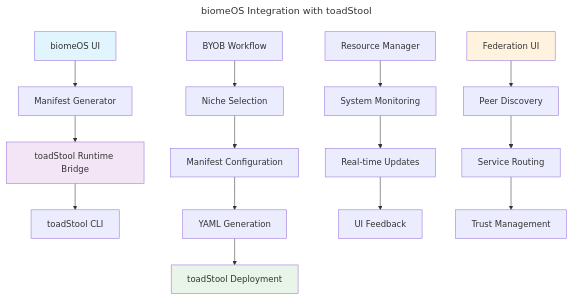
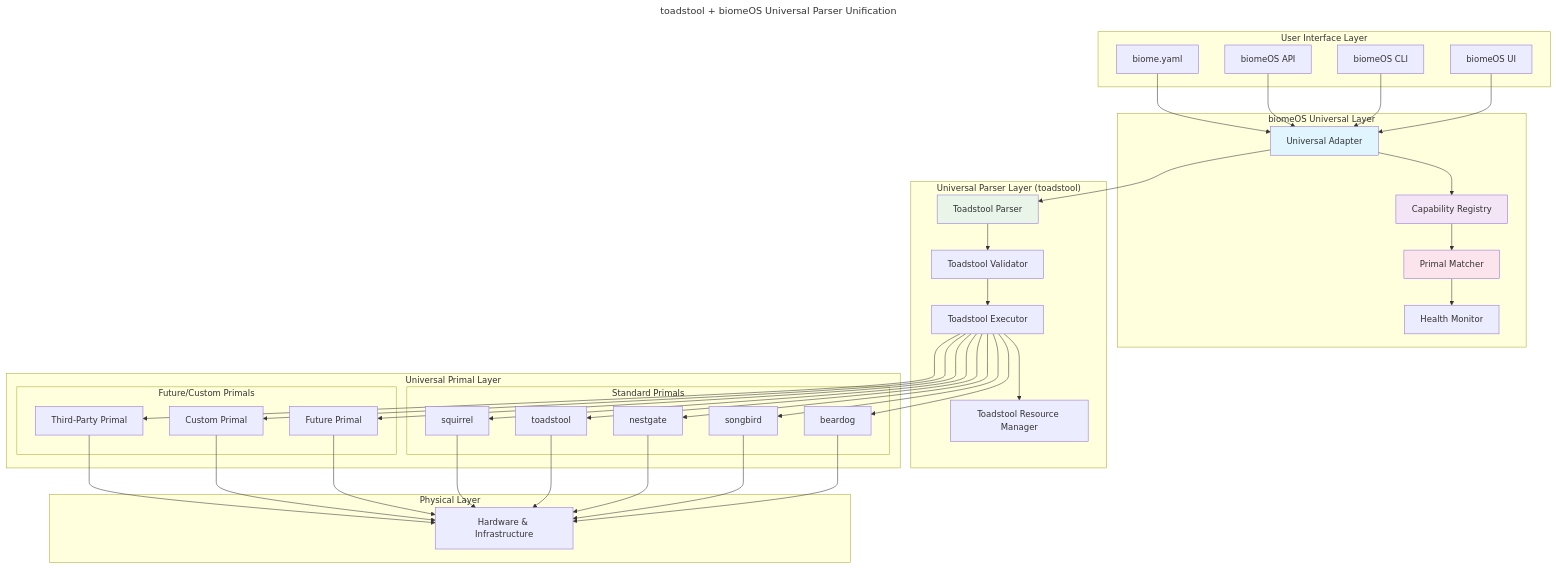
One commit to ecoPrimals/biomeOS changed the first of 2 diagrams in specs/TOADSTOOL_BIOMEOS_UNIFICATION_SPEC.md. Above: the diagram before and after it, drawn with Mermaid. The commit also changed other lines of this file and 189 other files, not shown here.

````diff
--- a/specs/TOADSTOOL_BIOMEOS_UNIFICATION_SPEC.md
+++ b/specs/TOADSTOOL_BIOMEOS_UNIFICATION_SPEC.md
@@ -53,27 +53,85 @@
 ```mermaid
 ---
-title: biomeOS Integration with toadStool
+title: toadstool + biomeOS Universal Parser Unification
 ---
-graph TD
-    A[biomeOS UI] --> B[Manifest Generator]
-    B --> C[toadStool Runtime Bridge]
-    C --> D[toadStool CLI]
+graph TB
+    subgraph "User Interface Layer"
+        UI[biomeOS UI]
+        CLI[biomeOS CLI]
+        API[biomeOS API]
+        YAML[biome.yaml]
+    end
     
-    E[BYOB Workflow] --> F[Niche Selection]
-    F --> G[Manifest Configuration]
-    G --> H[YAML Generation]
-    H --> I[toadStool Deployment]
+    subgraph "biomeOS Universal Layer"
+        UA[Universal Adapter]
+        CR[Capability Registry]
+        PM[Primal Matcher]
+        HM[Health Monitor]
+    end
     
-    J[Resource Manager] --> K[System Monitoring]
-    K --> L[Real-time Updates]
-    L --> M[UI Feedback]
+    subgraph "Universal Parser Layer (toadstool)"
+        TP[Toadstool Parser]
+        TV[Toadstool Validator]
+        TE[Toadstool Executor]
+        TRM[Toadstool Resource Manager]
+    end
     
-    N[Federation UI] --> O[Peer Discovery]
-    O --> P[Service Routing]
-    P --> Q[Trust Management]
+    subgraph "Universal Primal Layer"
+        subgraph "Standard Primals"
+            BD[beardog]
+            SB[songbird]
+            NG[nestgate]
+            TS[toadstool]
+            SQ[squirrel]
+        end
+        
+        subgraph "Future/Custom Primals"
+            FP[Future Primal]
+            CP[Custom Primal]
+            TP2[Third-Party Primal]
+        end
+    end
     
-    style A fill:#e1f5fe
-    style C fill:#f3e5f5
-    style I fill:#e8f5e8
-    style N fill:#fff3e0
+    subgraph "Physical Layer"
+        HW[Hardware & Infrastructure]
+    end
+    
+    UI --> UA
+    CLI --> UA
+    API --> UA
+    YAML --> UA
+    
+    UA --> TP
+    TP --> TV
+    TV --> TE
+    TE --> TRM
+    
+    UA --> CR
+    CR --> PM
+    PM --> HM
+    
+    TE --> BD
+    TE --> SB
+    TE --> NG
+    TE --> TS
+    TE --> SQ
+    
+    TE --> FP
+    TE --> CP
+    TE --> TP2
+    
+    BD --> HW
+    SB --> HW
+    NG --> HW
+    TS --> HW
+    SQ --> HW
+    
+    FP --> HW
+    CP --> HW
+    TP2 --> HW
+    
+    style TP fill:#e8f5e8
+    style UA fill:#e1f5fe
+    style CR fill:#f3e5f5
+    style PM fill:#fce4ec
 ```
````
